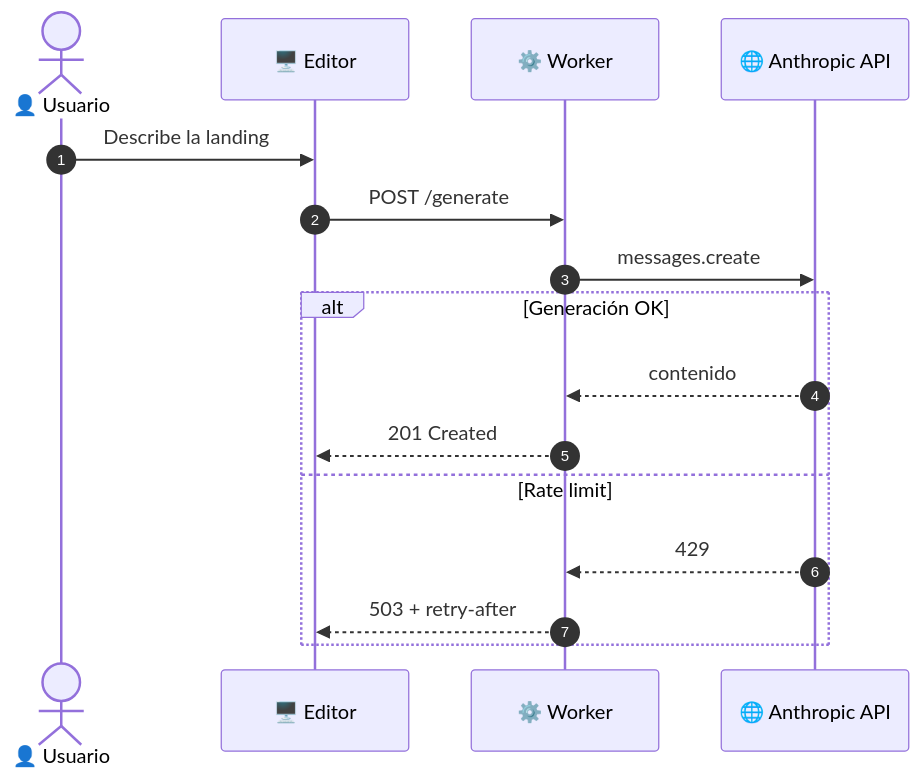
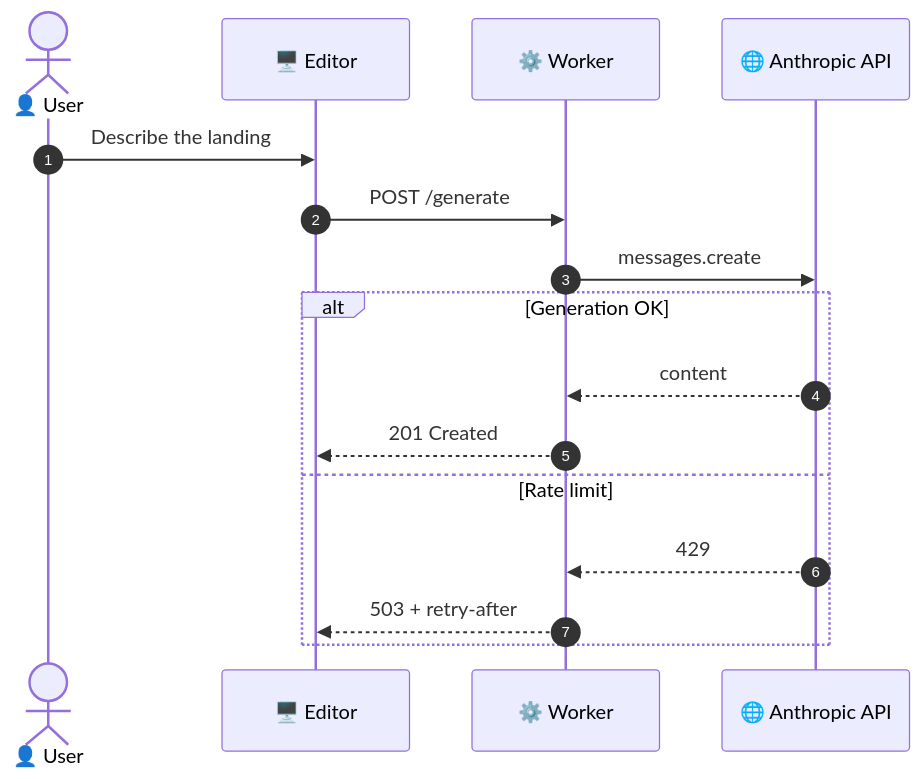
Before and after one commit to samosunaz/agent-skills: the third of 5 diagrams in plugins/samuel/reference/mermaid-style.md, drawn with Mermaid. The commit also changed other lines of this file and 19 other files, not shown here.

````diff
--- a/plugins/samuel/reference/mermaid-style.md
+++ b/plugins/samuel/reference/mermaid-style.md
@@ -133,18 +133,18 @@
 ```mermaid
 sequenceDiagram
     autonumber
-    actor U as 👤 Usuario
+    actor U as 👤 User
     participant FE as 🖥️ Editor
     participant API as ⚙️ Worker
     participant LLM as 🌐 Anthropic API
-    U->>FE: Describe la landing
+    U->>FE: Describe the landing
     FE->>API: POST /generate
     API->>LLM: messages.create
-    alt Generación OK
-        LLM-->>API: contenido
+    alt Generation OK
+        LLM-->>API: content
         API-->>FE: 201 Created
     else Rate limit
         LLM-->>API: 429
         API-->>FE: 503 + retry-after
     end
 ```
````
